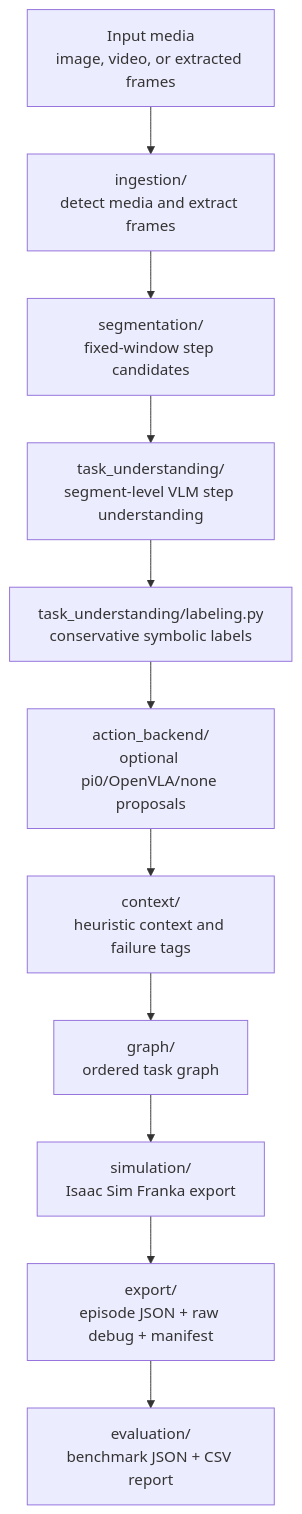
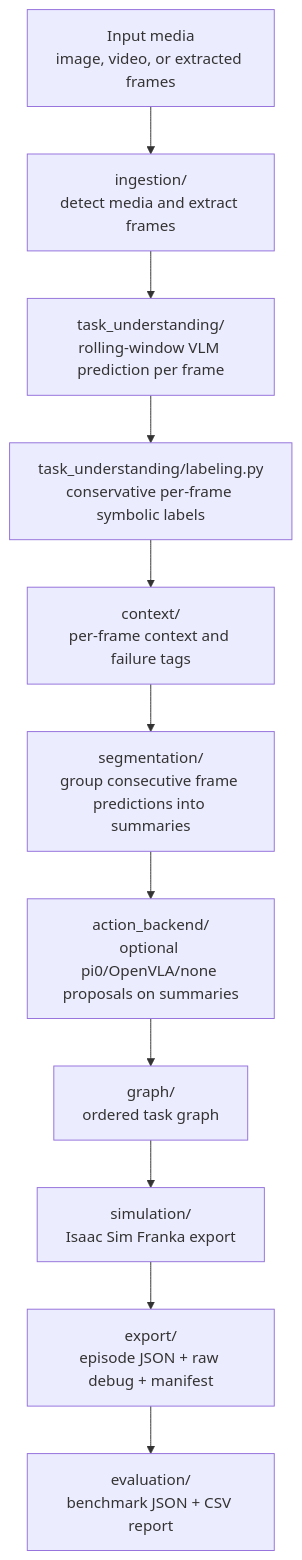
One commit to DataraAI/Software-as-a-Service changed the diagram in robo_task_manipulator/README.md. Above: the diagram before and after it, drawn with Mermaid. The commit also changed other lines of this file and 21 other files, not shown here.

First line of the commit message:
Add local Qwen frame-level inference pipeline

````diff
--- a/robo_task_manipulator/README.md
+++ b/robo_task_manipulator/README.md
@@ -25,13 +25,13 @@
 ```mermaid
 flowchart TD
     A["Input media<br/>image, video, or extracted frames"] --> B["ingestion/<br/>detect media and extract frames"]
-    B --> C["segmentation/<br/>fixed-window step candidates"]
-    C --> D["task_understanding/<br/>segment-level VLM step understanding"]
-    D --> E["task_understanding/labeling.py<br/>conservative symbolic labels"]
-    E --> F["action_backend/<br/>optional pi0/OpenVLA/none proposals"]
-    F --> G["context/<br/>heuristic context and failure tags"]
+    B --> C["task_understanding/<br/>rolling-window VLM prediction per frame"]
+    C --> D["task_understanding/labeling.py<br/>conservative per-frame symbolic labels"]
+    D --> E["context/<br/>per-frame context and failure tags"]
+    E --> F["segmentation/<br/>group consecutive frame predictions into summaries"]
+    F --> G["action_backend/<br/>optional pi0/OpenVLA/none proposals on summaries"]
     G --> H["graph/<br/>ordered task graph"]
     H --> I["simulation/<br/>Isaac Sim Franka export"]
     I --> J["export/<br/>episode JSON + raw debug + manifest"]
     J --> K["evaluation/<br/>benchmark JSON + CSV report"]
 ```
````
